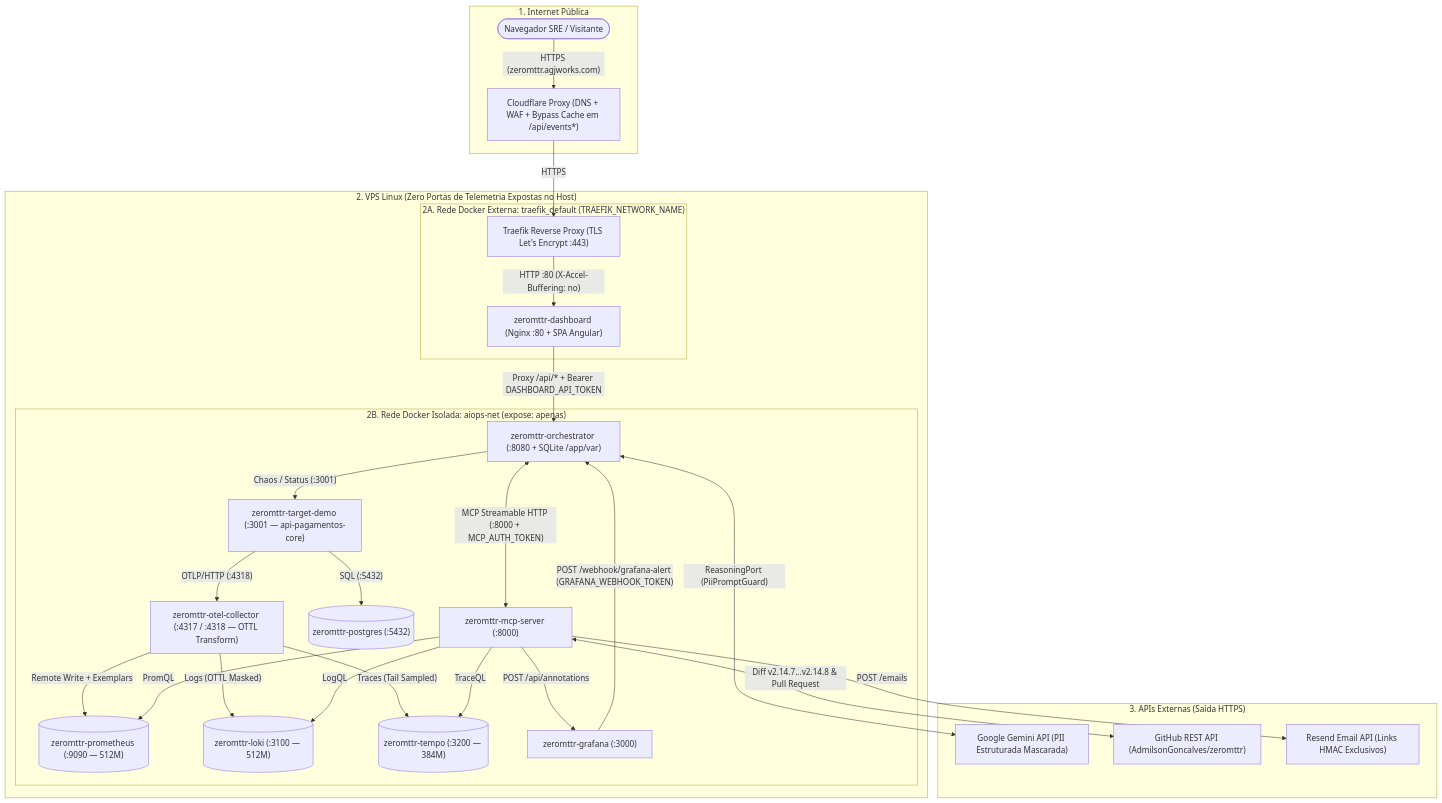
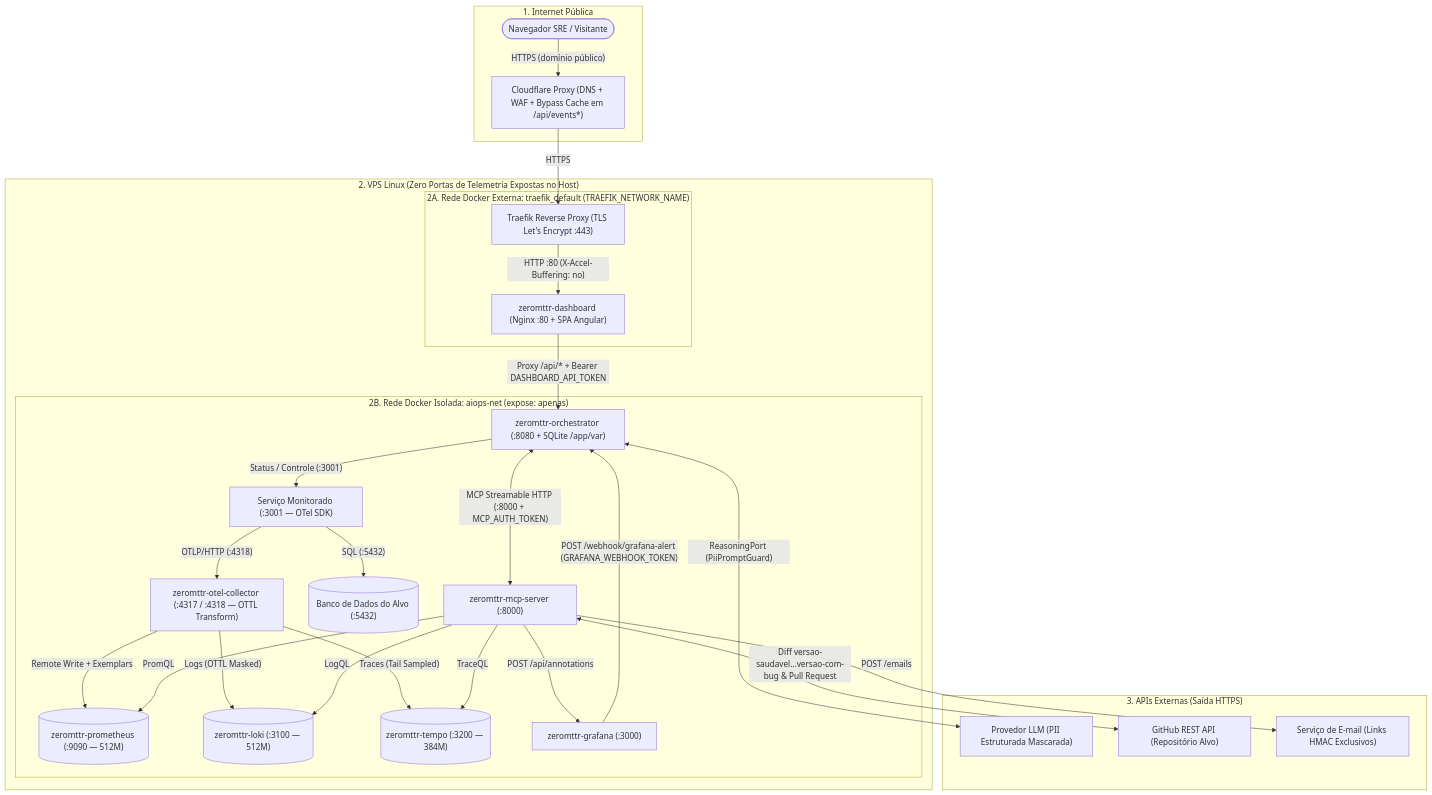
Before and after one commit to AdmilsonGoncalves/zeromttr: the sixth of 6 diagrams in docs/pt-BR/01_system_diagrams.md, drawn with Mermaid. The commit also changed other lines of this file and 75 other files, not shown here.

````diff
--- a/docs/pt-BR/01_system_diagrams.md
+++ b/docs/pt-BR/01_system_diagrams.md
@@ -481,56 +481,56 @@
 ```mermaid
 flowchart TD
     subgraph Internet["1. Internet Pública"]
         USER(["Navegador SRE / Visitante"])
         CF["Cloudflare Proxy (DNS + WAF + Bypass Cache em /api/events*)"]
     end
 
     subgraph VPS["2. VPS Linux (Zero Portas de Telemetria Expostas no Host)"]
         subgraph Rede_Externa["2A. Rede Docker Externa: traefik_default (TRAEFIK_NETWORK_NAME)"]
             TRAEFIK["Traefik Reverse Proxy (TLS Let's Encrypt :443)"]
             DASH["zeromttr-dashboard (Nginx :80 + SPA Angular)"]
         end
 
         subgraph Rede_Interna["2B. Rede Docker Isolada: aiops-net (expose: apenas)"]
             ORCH["zeromttr-orchestrator (:8080 + SQLite /app/var)"]
             MCP["zeromttr-mcp-server (:8000)"]
-            DEMO["zeromttr-target-demo (:3001 — api-pagamentos-core)"]
-            PG[("zeromttr-postgres (:5432)")]
+            DEMO["Serviço Monitorado (:3001 — OTel SDK)"]
+            PG[("Banco de Dados do Alvo (:5432)")]
             OTEL["zeromttr-otel-collector (:4317 / :4318 — OTTL Transform)"]
             PROM[("zeromttr-prometheus (:9090 — 512M)")]
             LOKI[("zeromttr-loki (:3100 — 512M)")]
             TEMPO[("zeromttr-tempo (:3200 — 384M)")]
             GRAF["zeromttr-grafana (:3000)"]
         end
     end
 
     subgraph Cloud_APIs["3. APIs Externas (Saída HTTPS)"]
-        GEMINI["Google Gemini API (PII Estruturada Mascarada)"]
-        GITHUB["GitHub REST API (AdmilsonGoncalves/zeromttr)"]
-        RESEND["Resend Email API (Links HMAC Exclusivos)"]
+        GEMINI["Provedor LLM (PII Estruturada Mascarada)"]
+        GITHUB["GitHub REST API (Repositório Alvo)"]
+        RESEND["Serviço de E-mail (Links HMAC Exclusivos)"]
     end
 
-    USER -->|"HTTPS (zeromttr.agjworks.com)"| CF
+    USER -->|"HTTPS (domínio público)"| CF
     CF -->|"HTTPS"| TRAEFIK
     TRAEFIK -->|"HTTP :80 (X-Accel-Buffering: no)"| DASH
     DASH -->|"Proxy /api/* + Bearer DASHBOARD_API_TOKEN"| ORCH
 
     ORCH <-->|"MCP Streamable HTTP (:8000 + MCP_AUTH_TOKEN)"| MCP
-    ORCH -->|"Chaos / Status (:3001)"| DEMO
+    ORCH -->|"Status / Controle (:3001)"| DEMO
     ORCH <-->|"ReasoningPort (PiiPromptGuard)"| GEMINI
     GRAF -->|"POST /webhook/grafana-alert (GRAFANA_WEBHOOK_TOKEN)"| ORCH
 
     DEMO -->|"SQL (:5432)"| PG
     DEMO -->|"OTLP/HTTP (:4318)"| OTEL
 
     OTEL -->|"Remote Write + Exemplars"| PROM
     OTEL -->|"Logs (OTTL Masked)"| LOKI
     OTEL -->|"Traces (Tail Sampled)"| TEMPO
 
     MCP -->|"PromQL"| PROM
     MCP -->|"LogQL"| LOKI
     MCP -->|"TraceQL"| TEMPO
     MCP -->|"POST /api/annotations"| GRAF
-    MCP <-->|"Diff v2.14.7...v2.14.8 & Pull Request"| GITHUB
+    MCP <-->|"Diff versao-saudavel...versao-com-bug & Pull Request"| GITHUB
     MCP -->|"POST /emails"| RESEND
 ```
````
